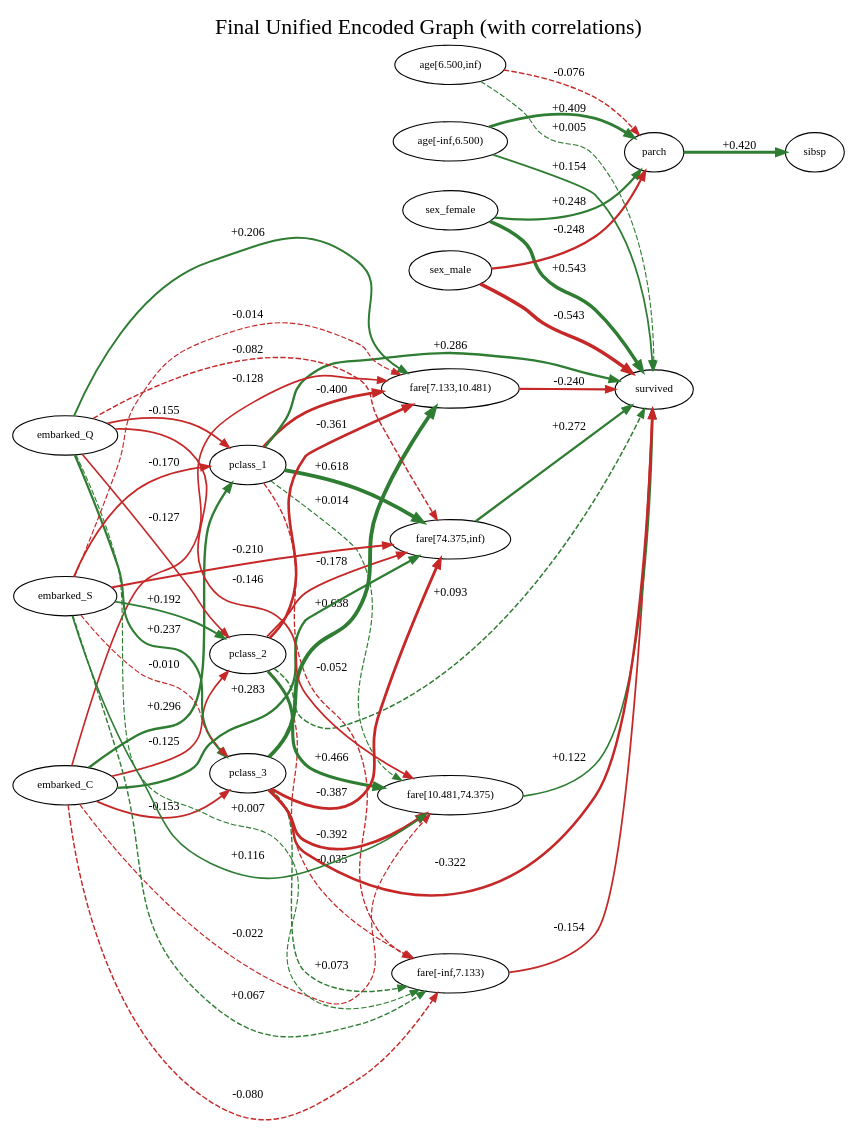
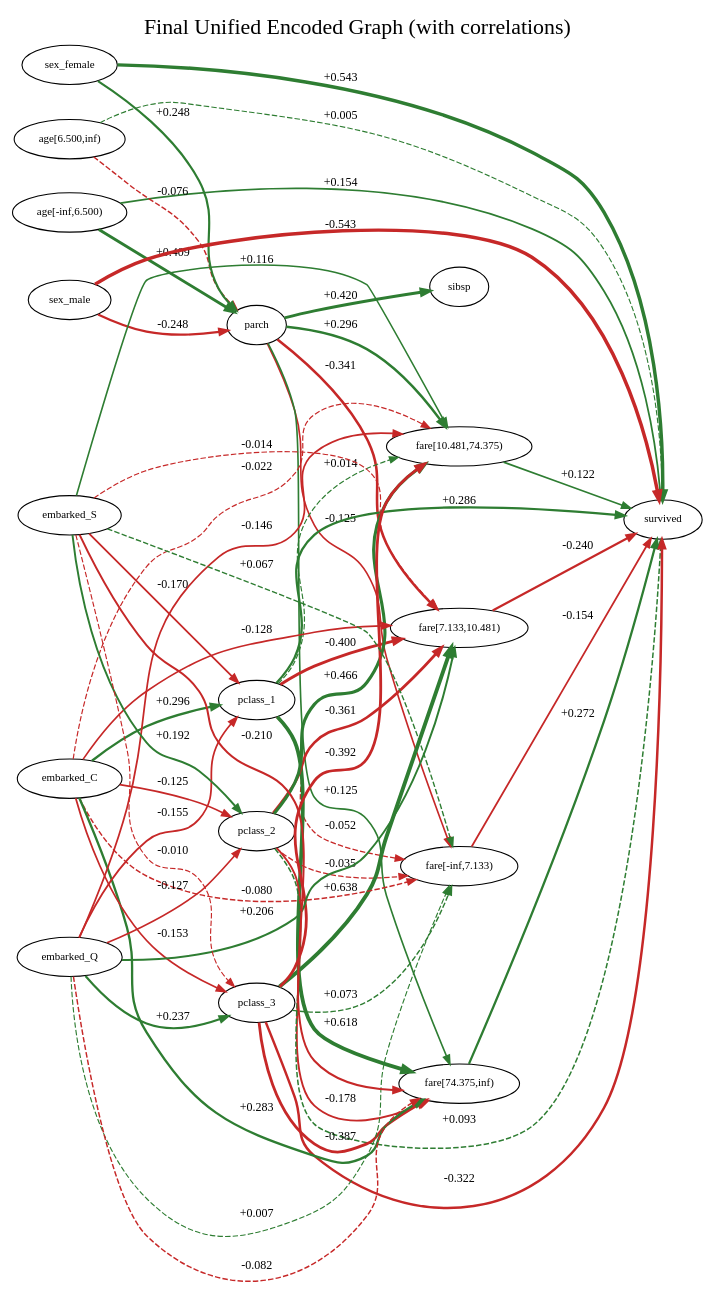
The diagram in causal_argumentation-main/outputs_titanic/fci_experiment/final_unified_fci_weighted.dot (AKANEMO22/MedTCAX-Causal-Argumentative-Explainability), drawn with Graphviz before and after one commit. The commit also changed 15 other files, not shown here.

```diff
--- a/causal_argumentation-main/outputs_titanic/fci_experiment/final_unified_fci_weighted.dot
+++ b/causal_argumentation-main/outputs_titanic/fci_experiment/final_unified_fci_weighted.dot
@@ -1,72 +1,76 @@
 digraph G {
 rankdir=LR;
 label="Final Unified Encoded Graph (with correlations)";
 labelloc=t;
 fontsize=20;
 "age[-inf,6.500)" [shape=ellipse, fontsize=10];
 "age[6.500,inf)" [shape=ellipse, fontsize=10];
 "fare[-inf,7.133)" [shape=ellipse, fontsize=10];
 "fare[7.133,10.481)" [shape=ellipse, fontsize=10];
 "fare[10.481,74.375)" [shape=ellipse, fontsize=10];
 "fare[74.375,inf)" [shape=ellipse, fontsize=10];
 sibsp [shape=ellipse, fontsize=10];
 parch [shape=ellipse, fontsize=10];
 pclass_1 [shape=ellipse, fontsize=10];
 pclass_2 [shape=ellipse, fontsize=10];
 pclass_3 [shape=ellipse, fontsize=10];
 sex_female [shape=ellipse, fontsize=10];
 sex_male [shape=ellipse, fontsize=10];
 embarked_C [shape=ellipse, fontsize=10];
 embarked_Q [shape=ellipse, fontsize=10];
 embarked_S [shape=ellipse, fontsize=10];
 survived [shape=ellipse, fontsize=10];
+"age[-inf,6.500)" -> parch [arrowsize=0.8, label=" +0.409 ", fontsize=11, color="#2e7d32", penwidth=2.6369918056082815];
 "age[-inf,6.500)" -> survived [arrowsize=0.8, label=" +0.154 ", fontsize=11, color="#2e7d32", penwidth=1.6177861699496239];
-"age[-inf,6.500)" -> parch [arrowsize=0.8, label=" +0.409 ", fontsize=11, color="#2e7d32", penwidth=2.6369918056082815];
+"age[6.500,inf)" -> parch [arrowsize=0.8, label=" -0.076 ", fontsize=11, color="#c62828", style=dashed, penwidth=1.302104071312626];
 "age[6.500,inf)" -> survived [arrowsize=0.8, label=" +0.005 ", fontsize=11, color="#2e7d32", style=dashed, penwidth=1.0208491370264643];
-"age[6.500,inf)" -> parch [arrowsize=0.8, label=" -0.076 ", fontsize=11, color="#c62828", style=dashed, penwidth=1.302104071312626];
 "fare[-inf,7.133)" -> survived [arrowsize=0.8, label=" -0.154 ", fontsize=11, color="#c62828", penwidth=1.6150804969855084];
 "fare[7.133,10.481)" -> survived [arrowsize=0.8, label=" -0.240 ", fontsize=11, color="#c62828", penwidth=1.9595400425618767];
 "fare[10.481,74.375)" -> survived [arrowsize=0.8, label=" +0.122 ", fontsize=11, color="#2e7d32", penwidth=1.4866630926507167];
 "fare[74.375,inf)" -> survived [arrowsize=0.8, label=" +0.272 ", fontsize=11, color="#2e7d32", penwidth=2.0897039893171288];
 parch -> sibsp [arrowsize=0.8, label=" +0.420 ", fontsize=11, color="#2e7d32", penwidth=2.680932707475021];
+parch -> "fare[10.481,74.375)" [arrowsize=0.8, label=" +0.296 ", fontsize=11, color="#2e7d32", penwidth=2.1839793438274446];
+parch -> "fare[7.133,10.481)" [arrowsize=0.8, label=" -0.341 ", fontsize=11, color="#c62828", penwidth=2.3620449319349763];
+parch -> "fare[74.375,inf)" [arrowsize=0.8, label=" +0.125 ", fontsize=11, color="#2e7d32", penwidth=1.5005349885069537];
+parch -> "fare[-inf,7.133)" [arrowsize=0.8, label=" -0.125 ", fontsize=11, color="#c62828", penwidth=1.4986613933475286];
 pclass_1 -> survived [arrowsize=0.8, label=" +0.286 ", fontsize=11, color="#2e7d32", penwidth=2.1436150711349695];
-pclass_1 -> "fare[-inf,7.133)" [arrowsize=0.8, label=" -0.052 ", fontsize=11, color="#c62828", style=dashed, penwidth=1.2067024334934522];
 pclass_1 -> "fare[10.481,74.375)" [arrowsize=0.8, label=" +0.014 ", fontsize=11, color="#2e7d32", style=dashed, penwidth=1.0565179052716211];
 pclass_1 -> "fare[7.133,10.481)" [arrowsize=0.8, label=" -0.400 ", fontsize=11, color="#c62828", penwidth=2.599999999999998];
 pclass_1 -> "fare[74.375,inf)" [arrowsize=0.8, label=" +0.618 ", fontsize=11, color="#2e7d32", penwidth=3.4715000187273484];
+pclass_1 -> "fare[-inf,7.133)" [arrowsize=0.8, label=" -0.052 ", fontsize=11, color="#c62828", style=dashed, penwidth=1.2067024334934522];
 pclass_2 -> survived [arrowsize=0.8, label=" +0.093 ", fontsize=11, color="#2e7d32", style=dashed, penwidth=1.3733942896477154];
-pclass_2 -> "fare[-inf,7.133)" [arrowsize=0.8, label=" -0.035 ", fontsize=11, color="#c62828", style=dashed, penwidth=1.1398957882753673];
 pclass_2 -> "fare[10.481,74.375)" [arrowsize=0.8, label=" +0.466 ", fontsize=11, color="#2e7d32", penwidth=2.864432504407697];
 pclass_2 -> "fare[7.133,10.481)" [arrowsize=0.8, label=" -0.361 ", fontsize=11, color="#c62828", penwidth=2.4429264621269073];
 pclass_2 -> "fare[74.375,inf)" [arrowsize=0.8, label=" -0.178 ", fontsize=11, color="#c62828", penwidth=1.7132385556337684];
+pclass_2 -> "fare[-inf,7.133)" [arrowsize=0.8, label=" -0.035 ", fontsize=11, color="#c62828", style=dashed, penwidth=1.1398957882753673];
 pclass_3 -> survived [arrowsize=0.8, label=" -0.322 ", fontsize=11, color="#c62828", penwidth=2.2892334294918806];
-pclass_3 -> "fare[-inf,7.133)" [arrowsize=0.8, label=" +0.073 ", fontsize=11, color="#2e7d32", style=dashed, penwidth=1.291950879343746];
 pclass_3 -> "fare[10.481,74.375)" [arrowsize=0.8, label=" -0.392 ", fontsize=11, color="#c62828", penwidth=2.566076741692204];
 pclass_3 -> "fare[7.133,10.481)" [arrowsize=0.8, label=" +0.638 ", fontsize=11, color="#2e7d32", penwidth=3.5529025850904143];
 pclass_3 -> "fare[74.375,inf)" [arrowsize=0.8, label=" -0.387 ", fontsize=11, color="#c62828", penwidth=2.54898195217414];
+pclass_3 -> "fare[-inf,7.133)" [arrowsize=0.8, label=" +0.073 ", fontsize=11, color="#2e7d32", style=dashed, penwidth=1.291950879343746];
+sex_female -> parch [arrowsize=0.8, label=" +0.248 ", fontsize=11, color="#2e7d32", penwidth=1.9900907139670656];
 sex_female -> survived [arrowsize=0.8, label=" +0.543 ", fontsize=11, color="#2e7d32", penwidth=3.17340552263102];
-sex_female -> parch [arrowsize=0.8, label=" +0.248 ", fontsize=11, color="#2e7d32", penwidth=1.9900907139670656];
+sex_male -> parch [arrowsize=0.8, label=" -0.248 ", fontsize=11, color="#c62828", penwidth=1.9900907139670658];
 sex_male -> survived [arrowsize=0.8, label=" -0.543 ", fontsize=11, color="#c62828", penwidth=3.17340552263102];
-sex_male -> parch [arrowsize=0.8, label=" -0.248 ", fontsize=11, color="#c62828", penwidth=1.9900907139670658];
-embarked_C -> "fare[-inf,7.133)" [arrowsize=0.8, label=" -0.080 ", fontsize=11, color="#c62828", style=dashed, penwidth=1.3205515173281779];
+embarked_C -> pclass_3 [arrowsize=0.8, label=" -0.153 ", fontsize=11, color="#c62828", penwidth=1.6133153536233307];
 embarked_C -> pclass_1 [arrowsize=0.8, label=" +0.296 ", fontsize=11, color="#2e7d32", penwidth=2.1856907175866684];
-embarked_C -> pclass_2 [arrowsize=0.8, label=" -0.125 ", fontsize=11, color="#c62828", penwidth=1.5016624080527285];
 embarked_C -> "fare[10.481,74.375)" [arrowsize=0.8, label=" -0.022 ", fontsize=11, color="#c62828", style=dashed, penwidth=1.0870456162135902];
 embarked_C -> "fare[7.133,10.481)" [arrowsize=0.8, label=" -0.128 ", fontsize=11, color="#c62828", penwidth=1.511283471649282];
 embarked_C -> "fare[74.375,inf)" [arrowsize=0.8, label=" +0.283 ", fontsize=11, color="#2e7d32", penwidth=2.131628284544541];
-embarked_C -> pclass_3 [arrowsize=0.8, label=" -0.153 ", fontsize=11, color="#c62828", penwidth=1.6133153536233307];
-embarked_Q -> "fare[-inf,7.133)" [arrowsize=0.8, label=" +0.007 ", fontsize=11, color="#2e7d32", style=dashed, penwidth=1.0279214440721098];
+embarked_C -> "fare[-inf,7.133)" [arrowsize=0.8, label=" -0.080 ", fontsize=11, color="#c62828", style=dashed, penwidth=1.3205515173281779];
+embarked_C -> pclass_2 [arrowsize=0.8, label=" -0.125 ", fontsize=11, color="#c62828", penwidth=1.5016624080527285];
+embarked_Q -> pclass_3 [arrowsize=0.8, label=" +0.237 ", fontsize=11, color="#2e7d32", penwidth=1.9497950185504906];
 embarked_Q -> pclass_1 [arrowsize=0.8, label=" -0.155 ", fontsize=11, color="#c62828", penwidth=1.621369766001199];
-embarked_Q -> pclass_2 [arrowsize=0.8, label=" -0.127 ", fontsize=11, color="#c62828", penwidth=1.5092051454589839];
 embarked_Q -> "fare[10.481,74.375)" [arrowsize=0.8, label=" -0.146 ", fontsize=11, color="#c62828", penwidth=1.5855716862818185];
 embarked_Q -> "fare[7.133,10.481)" [arrowsize=0.8, label=" +0.206 ", fontsize=11, color="#2e7d32", penwidth=1.8247271439652288];
 embarked_Q -> "fare[74.375,inf)" [arrowsize=0.8, label=" -0.082 ", fontsize=11, color="#c62828", style=dashed, penwidth=1.3274081879404258];
-embarked_Q -> pclass_3 [arrowsize=0.8, label=" +0.237 ", fontsize=11, color="#2e7d32", penwidth=1.9497950185504906];
-embarked_S -> "fare[-inf,7.133)" [arrowsize=0.8, label=" +0.067 ", fontsize=11, color="#2e7d32", style=dashed, penwidth=1.2670455588252827];
+embarked_Q -> "fare[-inf,7.133)" [arrowsize=0.8, label=" +0.007 ", fontsize=11, color="#2e7d32", style=dashed, penwidth=1.0279214440721098];
+embarked_Q -> pclass_2 [arrowsize=0.8, label=" -0.127 ", fontsize=11, color="#c62828", penwidth=1.5092051454589839];
+embarked_S -> pclass_3 [arrowsize=0.8, label=" -0.010 ", fontsize=11, color="#c62828", style=dashed, penwidth=1.038042193716542];
 embarked_S -> pclass_1 [arrowsize=0.8, label=" -0.170 ", fontsize=11, color="#c62828", penwidth=1.68151743523894];
-embarked_S -> pclass_2 [arrowsize=0.8, label=" +0.192 ", fontsize=11, color="#2e7d32", penwidth=1.768244411909147];
 embarked_S -> "fare[10.481,74.375)" [arrowsize=0.8, label=" +0.116 ", fontsize=11, color="#2e7d32", penwidth=1.4641301399978257];
 embarked_S -> "fare[7.133,10.481)" [arrowsize=0.8, label=" -0.014 ", fontsize=11, color="#c62828", style=dashed, penwidth=1.0567340216640118];
 embarked_S -> "fare[74.375,inf)" [arrowsize=0.8, label=" -0.210 ", fontsize=11, color="#c62828", penwidth=1.8407305945146004];
-embarked_S -> pclass_3 [arrowsize=0.8, label=" -0.010 ", fontsize=11, color="#c62828", style=dashed, penwidth=1.038042193716542];
+embarked_S -> "fare[-inf,7.133)" [arrowsize=0.8, label=" +0.067 ", fontsize=11, color="#2e7d32", style=dashed, penwidth=1.2670455588252827];
+embarked_S -> pclass_2 [arrowsize=0.8, label=" +0.192 ", fontsize=11, color="#2e7d32", penwidth=1.768244411909147];
 }
```
